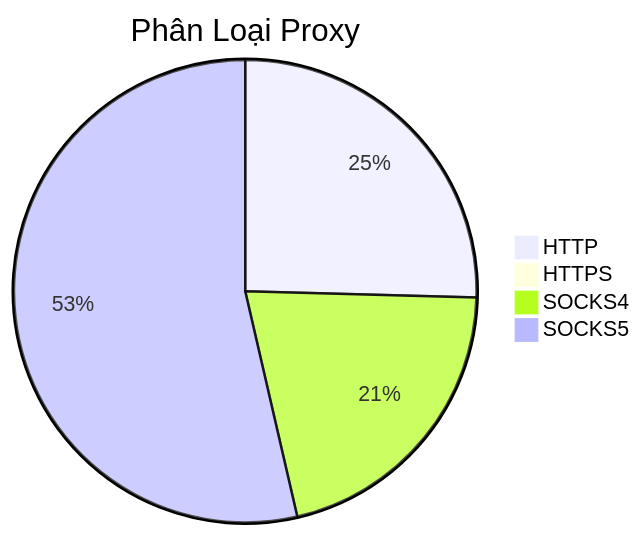
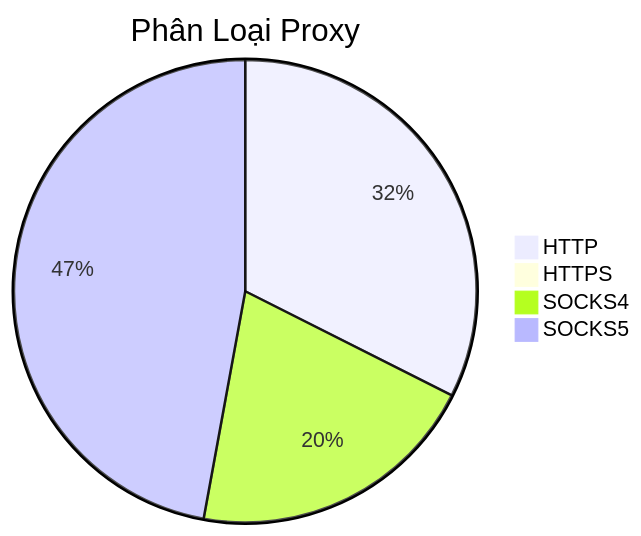
The diagram in README.md (Ciara-12/PROXY-free), drawn with Mermaid before and after one commit. The commit also changed other lines of this file and 4 other files, not shown here.

````diff
--- a/README.md
+++ b/README.md
@@ -26,7 +26,7 @@
 ```mermaid
 pie title Phân Loại Proxy
-    "HTTP" : 285
-    "HTTPS" : 3
-    "SOCKS4" : 235
-    "SOCKS5" : 601
+    "HTTP" : 422
+    "HTTPS" : 2
+    "SOCKS4" : 266
+    "SOCKS5" : 613
 ```
````
